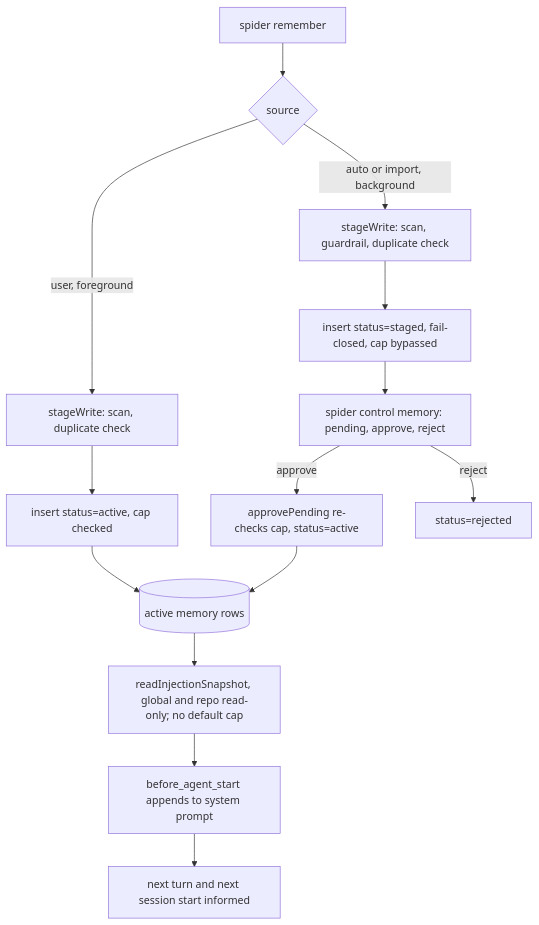
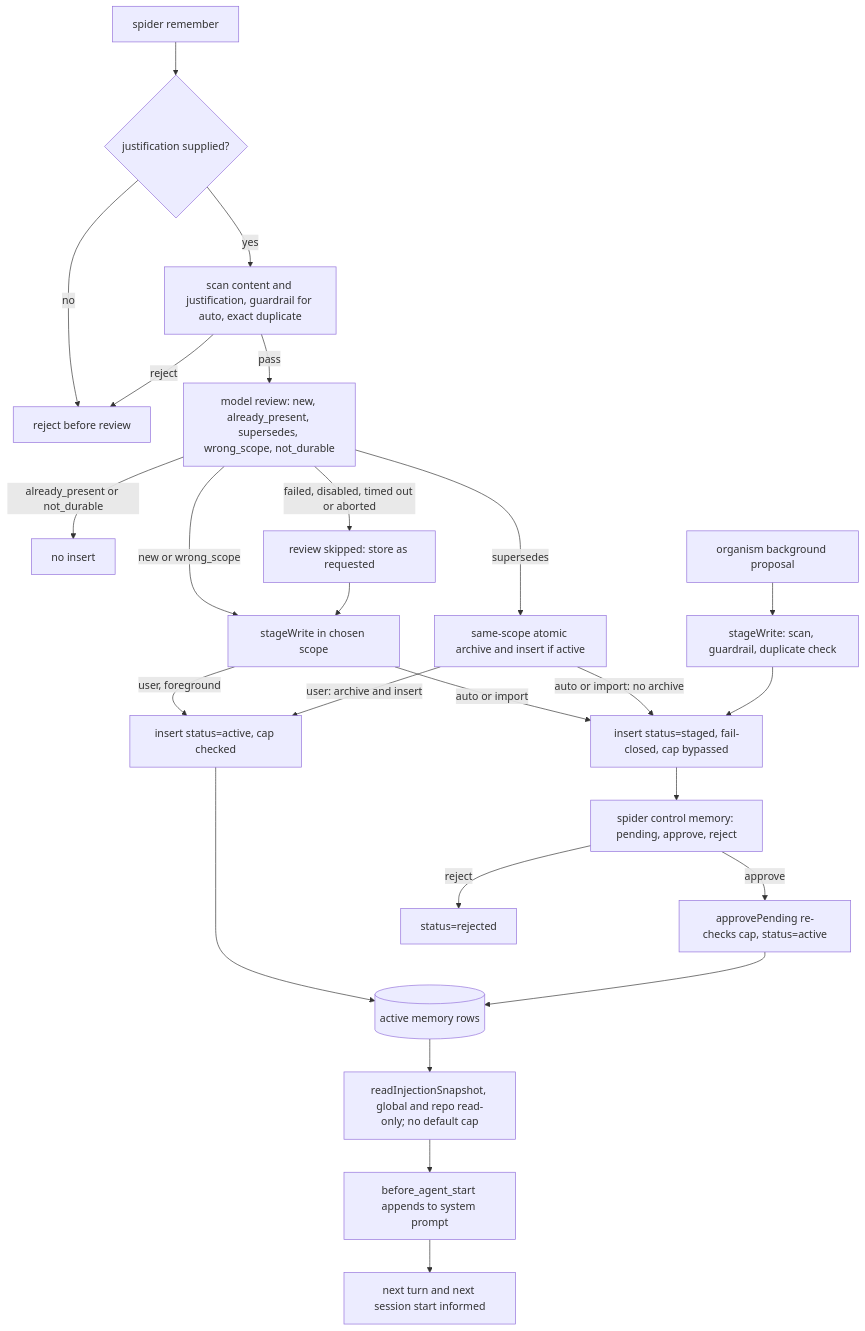
The second of 5 diagrams in docs/architecture/feedback-and-learning-loops.md (guru-irl/spider), drawn with Mermaid before and after one commit. The commit also changed other lines of this file and 18 other files, not shown here.

````diff
--- a/docs/architecture/feedback-and-learning-loops.md
+++ b/docs/architecture/feedback-and-learning-loops.md
@@ -159,20 +177,30 @@
 ```mermaid
 flowchart TD
-  R["spider remember"] --> SRC{"source"}
-  SRC -->|"user, foreground"| SW1["stageWrite: scan, duplicate check"]
-  SRC -->|"auto or import, background"| SW2["stageWrite: scan, guardrail, duplicate check"]
-
-  SW1 --> ACT["insert status=active, cap checked"]
-  SW2 --> STG["insert status=staged, fail-closed, cap bypassed"]
+  R["spider remember"] --> J{"justification supplied?"}
+  J -->|no| NO["reject before review"]
+  J -->|yes| PRE["scan content and justification, guardrail for auto, exact duplicate"]
+  PRE -->|reject| NO
+  PRE -->|pass| REVIEW["model review: new, already_present, supersedes, wrong_scope, not_durable"]
+  REVIEW -->|"already_present or not_durable"| NOINSERT["no insert"]
+  REVIEW -->|"failed, disabled, timed out or aborted"| SKIP["review skipped: store as requested"]
+  REVIEW -->|"new or wrong_scope"| SW["stageWrite in chosen scope"]
+  REVIEW -->|"supersedes"| ATOMIC["same-scope atomic archive and insert if active"]
+  SKIP --> SW
+  SW -->|"user, foreground"| ACT["insert status=active, cap checked"]
+  SW -->|"auto or import"| STG["insert status=staged, fail-closed, cap bypassed"]
+  ATOMIC -->|"user: archive and insert"| ACT
+  ATOMIC -->|"auto or import: no archive"| STG
+  ORG["organism background proposal"] --> BG["stageWrite: scan, guardrail, duplicate check"]
+  BG --> STG
 
   STG --> REV["spider control memory: pending, approve, reject"]
   REV -->|approve| ACT2["approvePending re-checks cap, status=active"]
   REV -->|reject| REJ["status=rejected"]
 
   ACT --> AM[("active memory rows")]
   ACT2 --> AM
 
   AM --> SNAP["readInjectionSnapshot, global and repo read-only; no default cap"]
   SNAP --> INJ["before_agent_start appends to system prompt"]
   INJ --> NEXT["next turn and next session start informed"]
 ```
````
